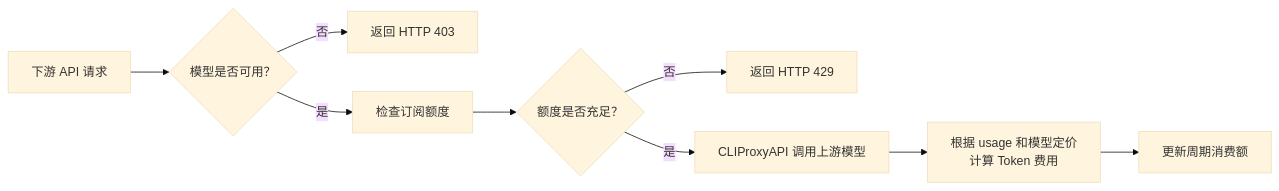
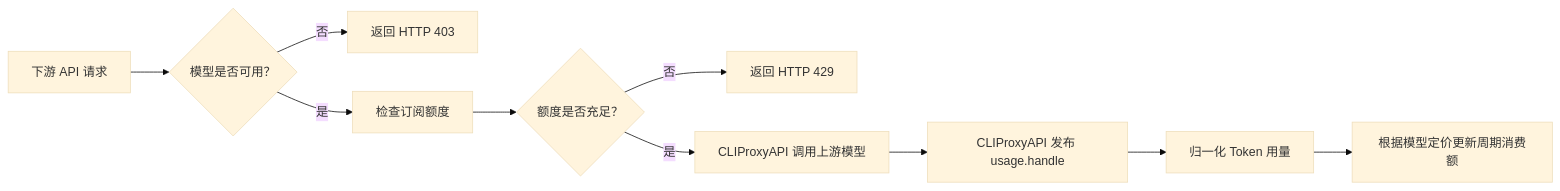
The diagram in README.md (haowang02/cpa-plugin-key-billing), drawn with Mermaid (base theme) before and after one commit. The commit also changed other lines of this file and 64 other files, not shown here.

````diff
--- a/README.md
+++ b/README.md
@@ -34,11 +34,12 @@
 ```mermaid
 flowchart LR
     A[下游 API 请求] --> M{模型是否可用？}
     M -- 否 --> N[返回 HTTP 403]
     M -- 是 --> B[检查订阅额度]
     B --> C{额度是否充足？}
     C -- 否 --> D[返回 HTTP 429]
     C -- 是 --> E[CLIProxyAPI 调用上游模型]
-    E --> F[根据 usage 和模型定价<br/>计算 Token 费用]
-    F --> G[更新周期消费额]
+    E --> F[CLIProxyAPI 发布 usage.handle]
+    F --> H[归一化 Token 用量]
+    H --> G[根据模型定价更新周期消费额]
 ```
````
